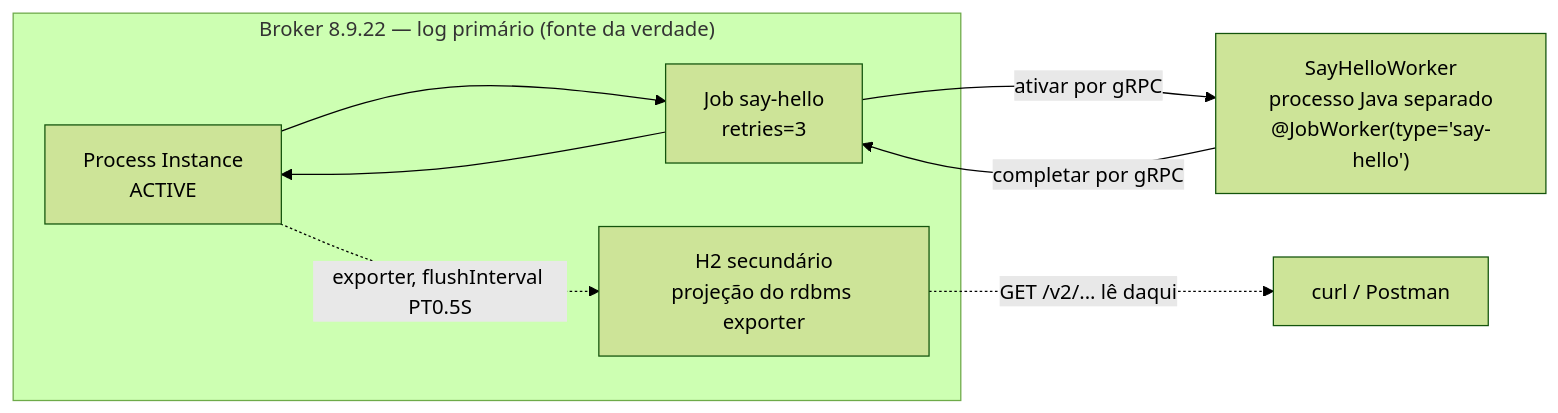
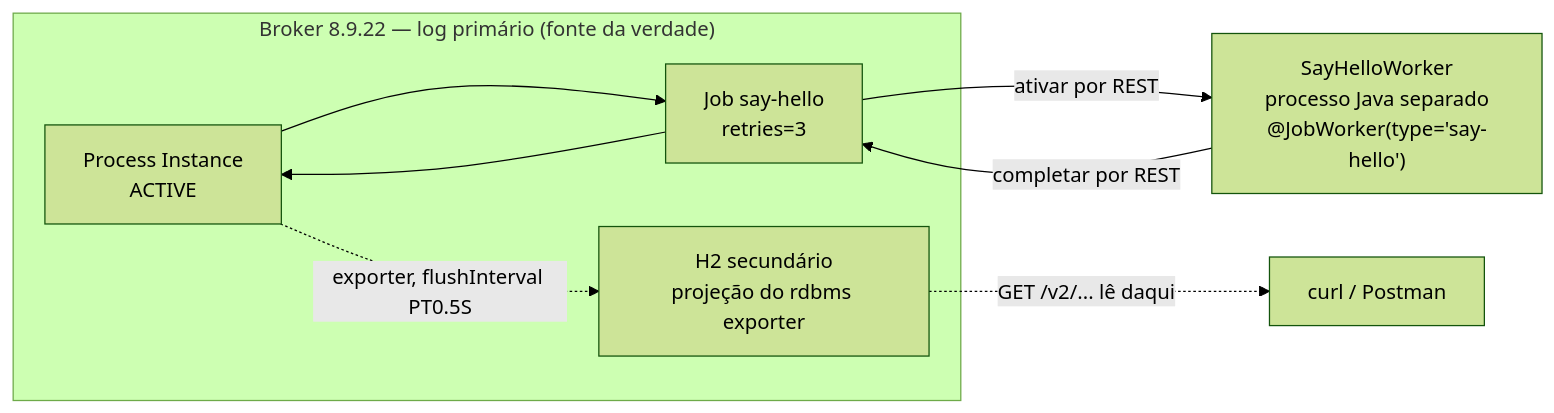
The diagram in docs/lessons/002-deploy-instance-worker/lesson.md (yureplacido/camunda8-learning-lab), drawn with Mermaid (forest theme) before and after one commit. The commit also changed other lines of this file and 4 other files, not shown here.

First line of the commit message:
fix(lesson-002): corrige a fronteira REST/gRPC e uma asserção que reprovava sozinha

````diff
--- a/docs/lessons/002-deploy-instance-worker/lesson.md
+++ b/docs/lessons/002-deploy-instance-worker/lesson.md
@@ -97,15 +97,15 @@
 ```mermaid
 flowchart LR
   subgraph Broker["Broker 8.9.22 — log primário (fonte da verdade)"]
     PI["Process Instance<br/>ACTIVE"]
     JOB["Job say-hello<br/>retries=3"]
     H2["H2 secundário<br/>projeção do rdbms exporter"]
   end
   W["SayHelloWorker<br/>processo Java separado<br/>@JobWorker(type='say-hello')"]
   PI --> JOB
-  JOB -->|ativar por gRPC| W
-  W -->|completar por gRPC| JOB
+  JOB -->|ativar por REST| W
+  W -->|completar por REST| JOB
   JOB --> PI
   PI -.->|exporter, flushInterval PT0.5S| H2
   H2 -.->|GET /v2/... lê daqui| CLI["curl / Postman"]
 ```
````
